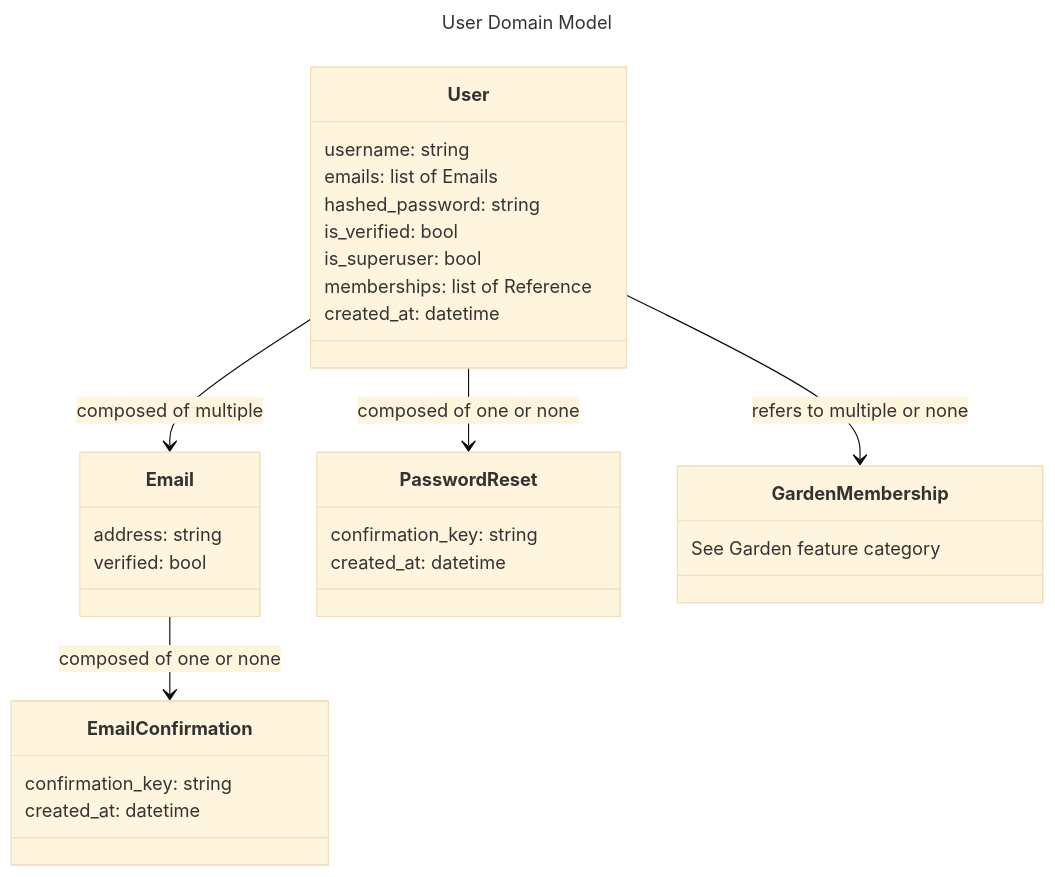
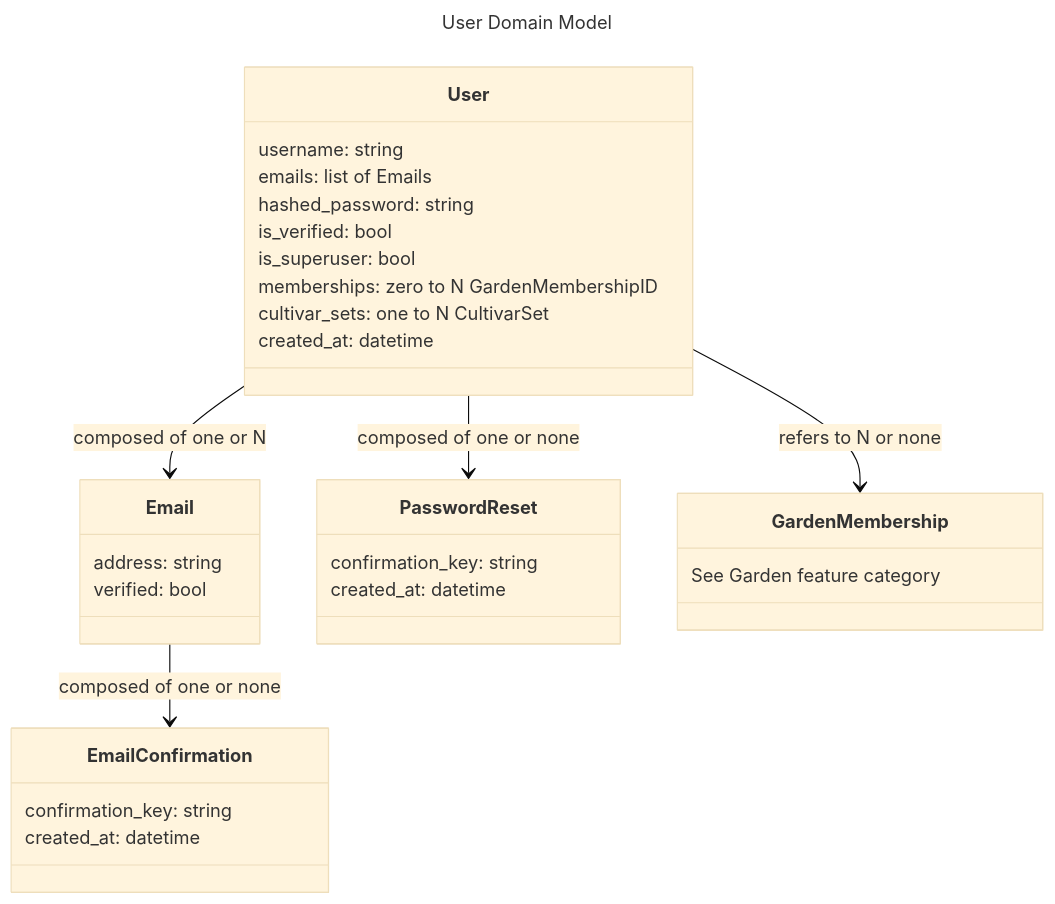
Before and after one commit to VerdanTech/Vdt-Webapp: the diagram in outline/users/models.md, drawn with Mermaid (base theme). The commit also changed other lines of this file and 7 other files, not shown here.

````diff
--- a/outline/users/models.md
+++ b/outline/users/models.md
@@ -3,35 +3,36 @@
 ```mermaid
 ---
 title: User Domain Model
 ---
 classDiagram
     User
-    User --> Email : composed of multiple
+    User --> Email : composed of one or N
     User --> PasswordReset : composed of one or none
     Email --> EmailConfirmation : composed of one or none
-    User --> GardenMembership : refers to multiple or none
+    User --> GardenMembership : refers to N or none
     class User{
         username: string
         emails: list of Emails
         hashed_password: string
         is_verified: bool
         is_superuser: bool
-        memberships: list of Reference
+        memberships: zero to N GardenMembershipID
+        cultivar_sets: one to N CultivarSet
         created_at: datetime
     }
     class GardenMembership{
-        See Garden feature category 
+        See Garden feature category
     }
     class Email{
         address: string
         verified: bool
     }
     class PasswordReset{
         confirmation_key: string
         created_at: datetime
     }
     class EmailConfirmation{
         confirmation_key: string
         created_at: datetime
     }
 ```
````
